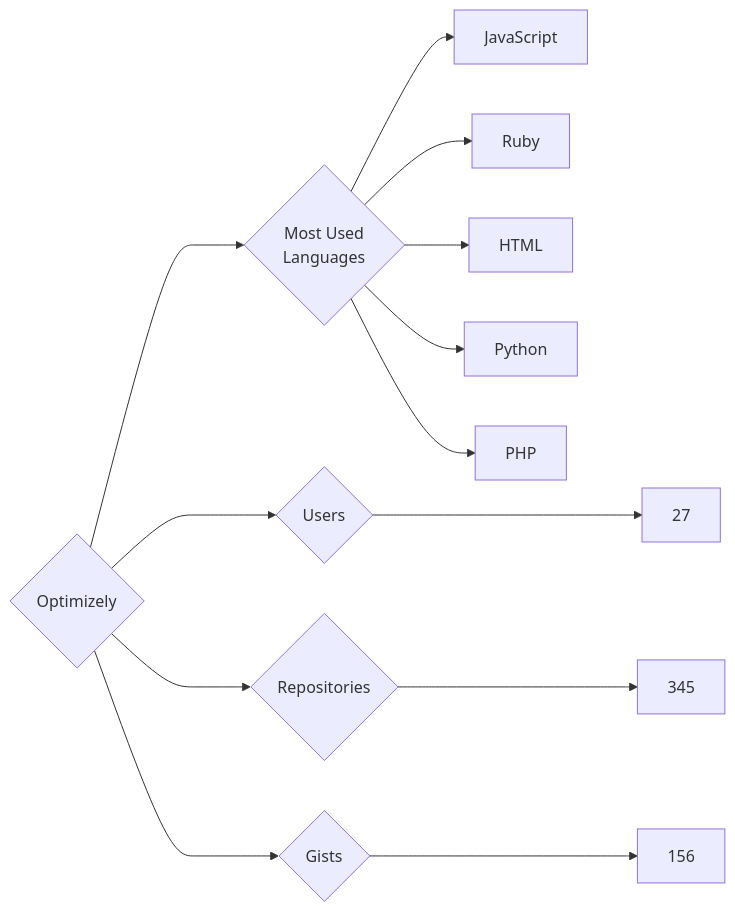
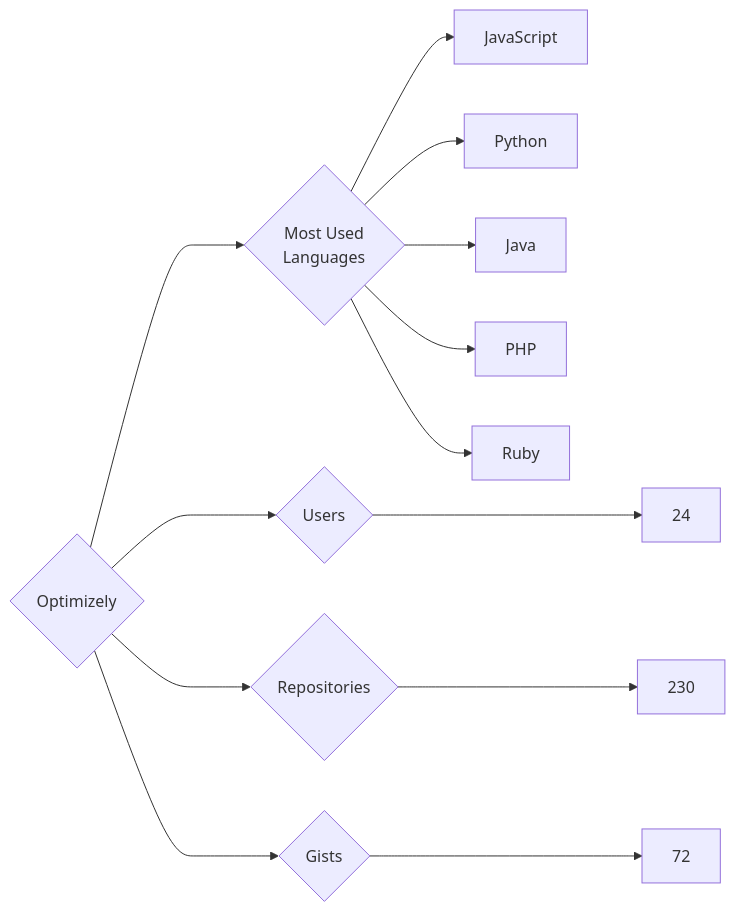
Before and after one commit to trickest/insiders: the diagram in targets/Optimizely/README.md, drawn with Mermaid. The commit also changed 903 other files, not shown here.

````diff
--- a/targets/Optimizely/README.md
+++ b/targets/Optimizely/README.md
@@ -3,13 +3,13 @@
 ```mermaid
 graph LR
 COMPANY_NAME{Optimizely}
-COMPANY_NAME ---> U{Users} ---> UN[27]
-COMPANY_NAME ---> R{Repositories} ---> RN[345]
-COMPANY_NAME ---> G{Gists} ---> GN[156]
+COMPANY_NAME ---> U{Users} ---> UN[24]
+COMPANY_NAME ---> R{Repositories} ---> RN[230]
+COMPANY_NAME ---> G{Gists} ---> GN[72]
 COMPANY_NAME ---> ML{Most Used<br>Languages}
 ML --> JavaScript[JavaScript]
+ML --> Python[Python]
+ML --> Java[Java]
+ML --> PHP[PHP]
 ML --> Ruby[Ruby]
-ML --> HTML[HTML]
-ML --> Python[Python]
-ML --> PHP[PHP]
 ```
````
